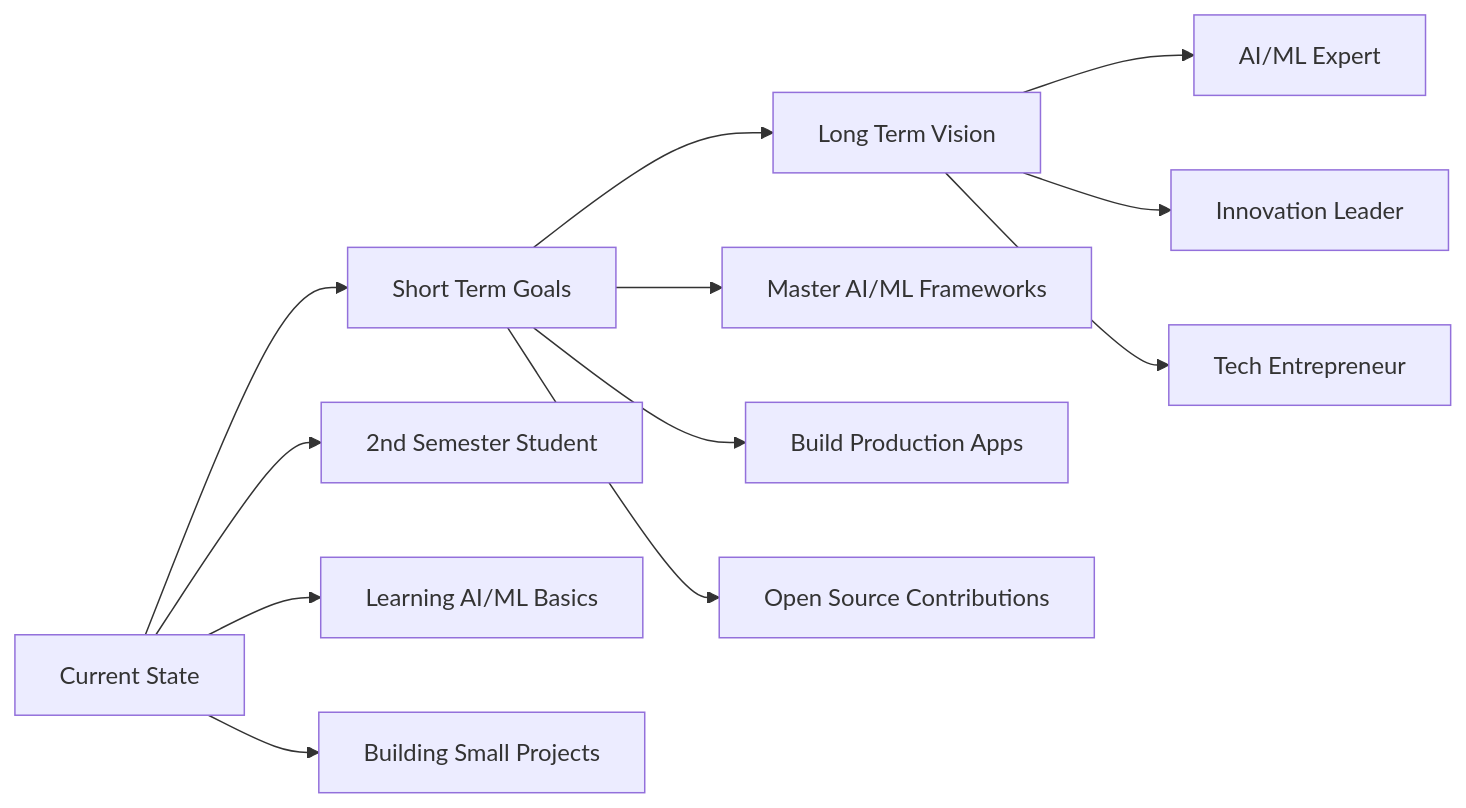
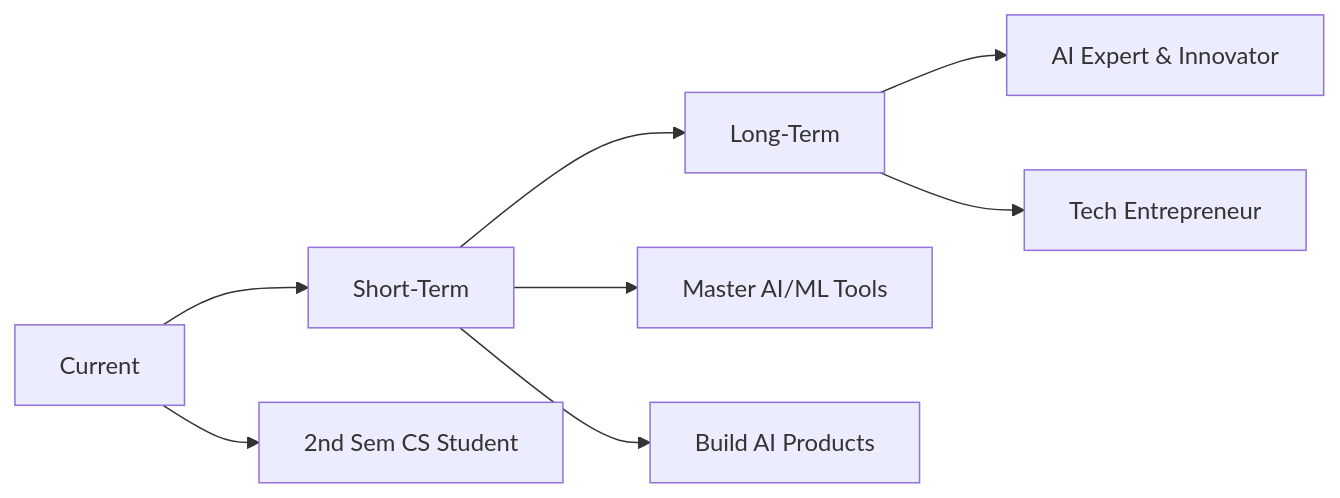
The fifth of 5 diagrams in README.md (aditya25shah/aditya25shah), drawn with Mermaid before and after one commit. The commit also changed other lines of this file, not shown here.

````diff
--- a/README.md
+++ b/README.md
@@ -219,17 +119,12 @@
 ```mermaid
 graph LR
-    A[Current State] --> B[Short Term Goals]
-    B --> C[Long Term Vision]
-    
-    A --> A1[2nd Semester Student]
-    A --> A2[Learning AI/ML Basics]
-    A --> A3[Building Small Projects]
-    
-    B --> B1[Master AI/ML Frameworks]
-    B --> B2[Build Production Apps]
-    B --> B3[Open Source Contributions]
-    
-    C --> C1[AI/ML Expert]
-    C --> C2[Innovation Leader]
-    C --> C3[Tech Entrepreneur]
+    A[Current] --> B[Short-Term]
+    B --> C[Long-Term]
+
+    A --> A1[2nd Sem CS Student]
+    B --> B1[Master AI/ML Tools]
+    B --> B2[Build AI Products]
+    C --> C1[AI Expert & Innovator]
+    C --> C2[Tech Entrepreneur]
+
 ```
````
